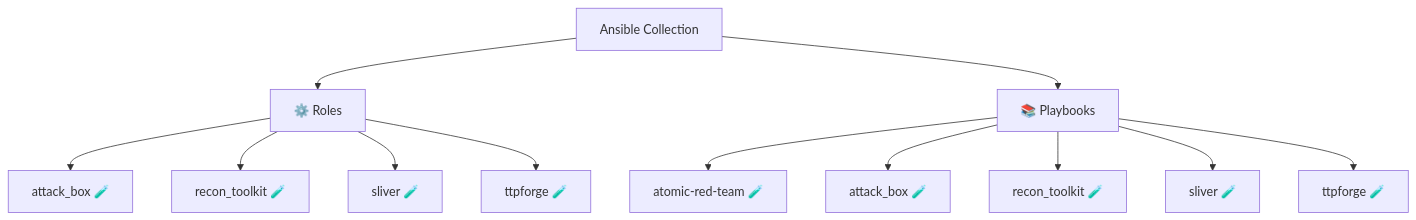
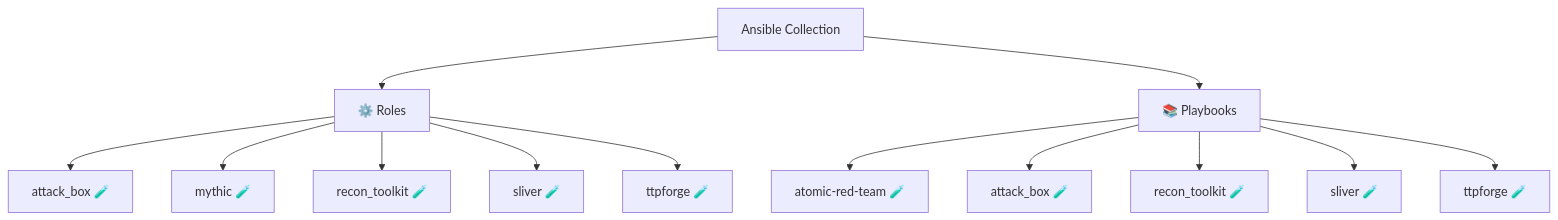
The diagram in README.md (l50/ansible-collection-arsenal), drawn with Mermaid before and after one commit. The commit also changed other lines of this file and 21 other files, not shown here.

````diff
--- a/README.md
+++ b/README.md
@@ -13,15 +13,16 @@
 ```mermaid
 graph TD
     Collection[Ansible Collection]
     Collection --> Roles[⚙️ Roles]
     Roles --> R0[attack_box 🧪]
-    Roles --> R1[recon_toolkit 🧪]
-    Roles --> R2[sliver 🧪]
-    Roles --> R3[ttpforge 🧪]
+    Roles --> R1[mythic 🧪]
+    Roles --> R2[recon_toolkit 🧪]
+    Roles --> R3[sliver 🧪]
+    Roles --> R4[ttpforge 🧪]
     Collection --> Playbooks[📚 Playbooks]
     Playbooks --> PB0[atomic-red-team 🧪]
     Playbooks --> PB1[attack_box 🧪]
     Playbooks --> PB2[recon_toolkit 🧪]
     Playbooks --> PB3[sliver 🧪]
     Playbooks --> PB4[ttpforge 🧪]
 ```
````
